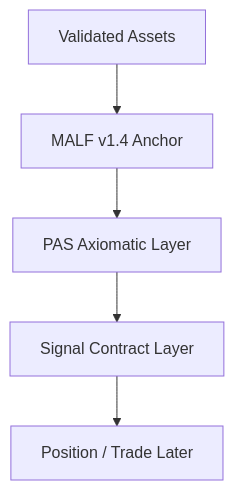
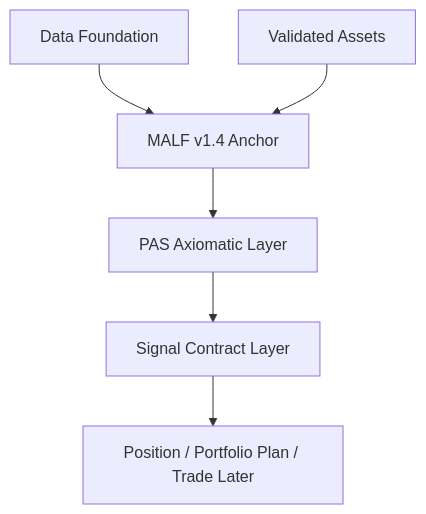
The diagram in docs/01-architecture/01-malf-v1-4-anchor-position-v1.md (everything-is-simple/Malf-Pas), drawn with Mermaid before and after one commit. The commit also changed other lines of this file and 14 other files, not shown here.

Commit message:
governance: pass malf v1.4 immutability anchor card

````diff
--- a/docs/01-architecture/01-malf-v1-4-anchor-position-v1.md
+++ b/docs/01-architecture/01-malf-v1-4-anchor-position-v1.md
@@ -22,7 +31,8 @@
 ```mermaid
 flowchart TD
-    A["Validated Assets"] --> B["MALF v1.4 Anchor"]
-    B --> C["PAS Axiomatic Layer"]
-    C --> D["Signal Contract Layer"]
-    D --> E["Position / Trade Later"]
+    A["Data Foundation"] --> B["MALF v1.4 Anchor"]
+    C["Validated Assets"] --> B
+    B --> D["PAS Axiomatic Layer"]
+    D --> E["Signal Contract Layer"]
+    E --> F["Position / Portfolio Plan / Trade Later"]
 ```
````
